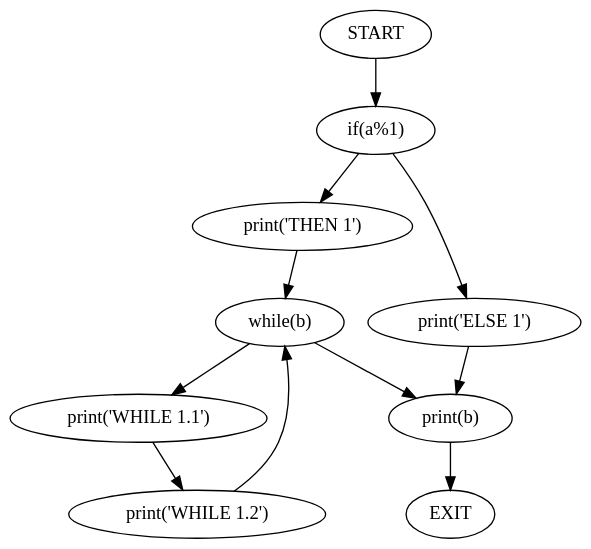
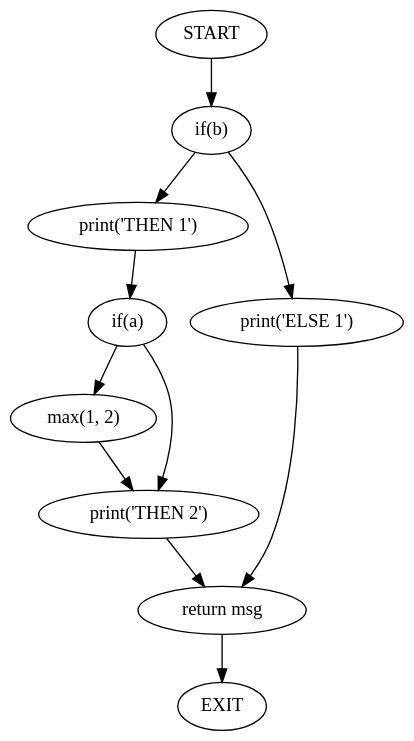
Before and after one commit to MiguelCosta/EngenhariaDeLinguagens: the diagram in ATS/Fichas/Cmb/Gramatica/output/cfg.gv, drawn with Graphviz. The commit also changed 21 other files, not shown here.

```diff
--- a/ATS/Fichas/Cmb/Gramatica/output/cfg.gv
+++ b/ATS/Fichas/Cmb/Gramatica/output/cfg.gv
@@ -1,13 +1,13 @@
 digraph mainmap {
 graph [bgcolor=transparent];
-"START" -> "if(a%1)";
-"if(a%1)" -> "print('THEN 1')";
-"if(a%1)" -> "print('ELSE 1')";
-"print('THEN 1')" -> "while(b)";
-"while(b)" -> "print('WHILE 1.1')";
-"while(b)" -> "print(b)";
-"print('WHILE 1.1')" -> "print('WHILE 1.2')";
-"print('WHILE 1.2')" -> "while(b)";
-"print('ELSE 1')" -> "print(b)";
-"print(b)" -> "EXIT";
+"START" -> "if(b)";
+"if(b)" -> "print('THEN 1')";
+"if(b)" -> "print('ELSE 1')";
+"print('THEN 1')" -> "if(a)";
+"if(a)" -> "max(1, 2)";
+"if(a)" -> "print('THEN 2')";
+"max(1, 2)" -> "print('THEN 2')";
+"print('THEN 2')" -> "return msg";
+"print('ELSE 1')" -> "return msg";
+"return msg" -> "EXIT";
 }
```
